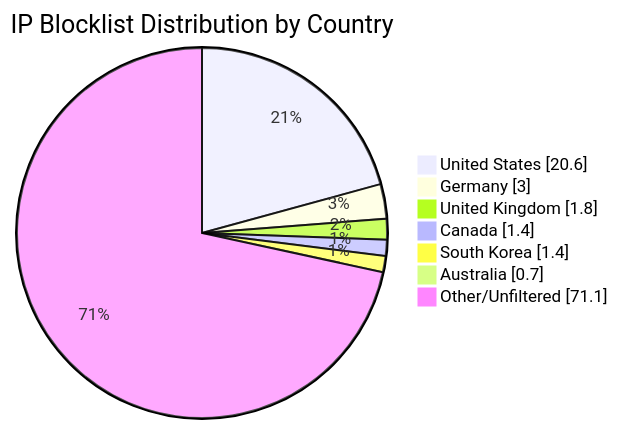
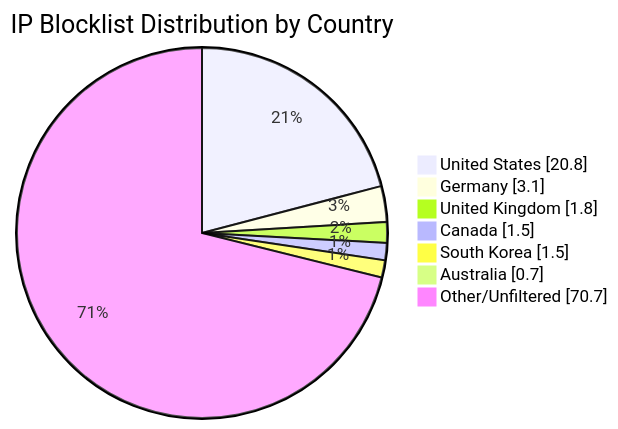
The diagram in README.md (MarcusHoltz/ipblocklist-geofiltered-aggregator), drawn with Mermaid before and after one commit. The commit also changed other lines of this file and 9 other files, not shown here.

````diff
--- a/README.md
+++ b/README.md
@@ -34,10 +34,10 @@
 ```mermaid
 pie showData title IP Blocklist Distribution by Country
-"United States" : 20.6
-"Germany" : 3.0
+"United States" : 20.8
+"Germany" : 3.1
 "United Kingdom" : 1.8
-"Canada" : 1.4
-"South Korea" : 1.4
+"Canada" : 1.5
+"South Korea" : 1.5
 "Australia" : 0.7
-"Other/Unfiltered" : 71.1
+"Other/Unfiltered" : 70.7
 ```
````
